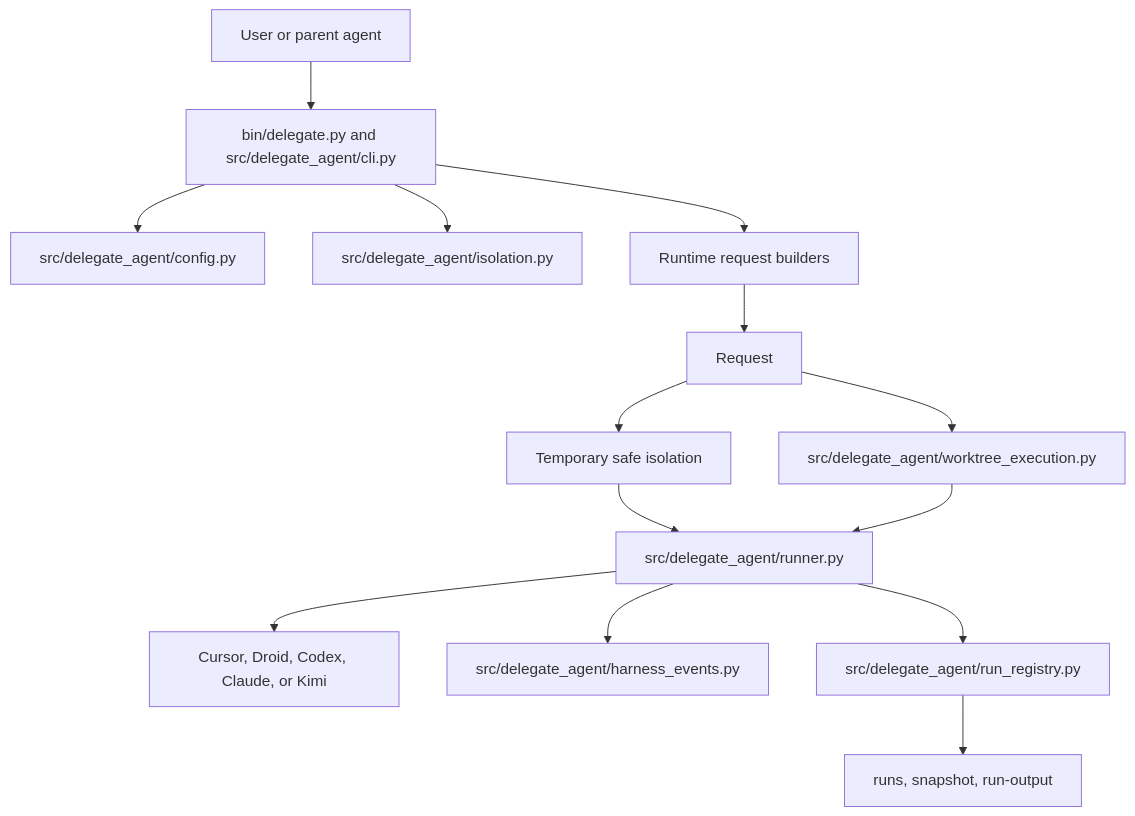
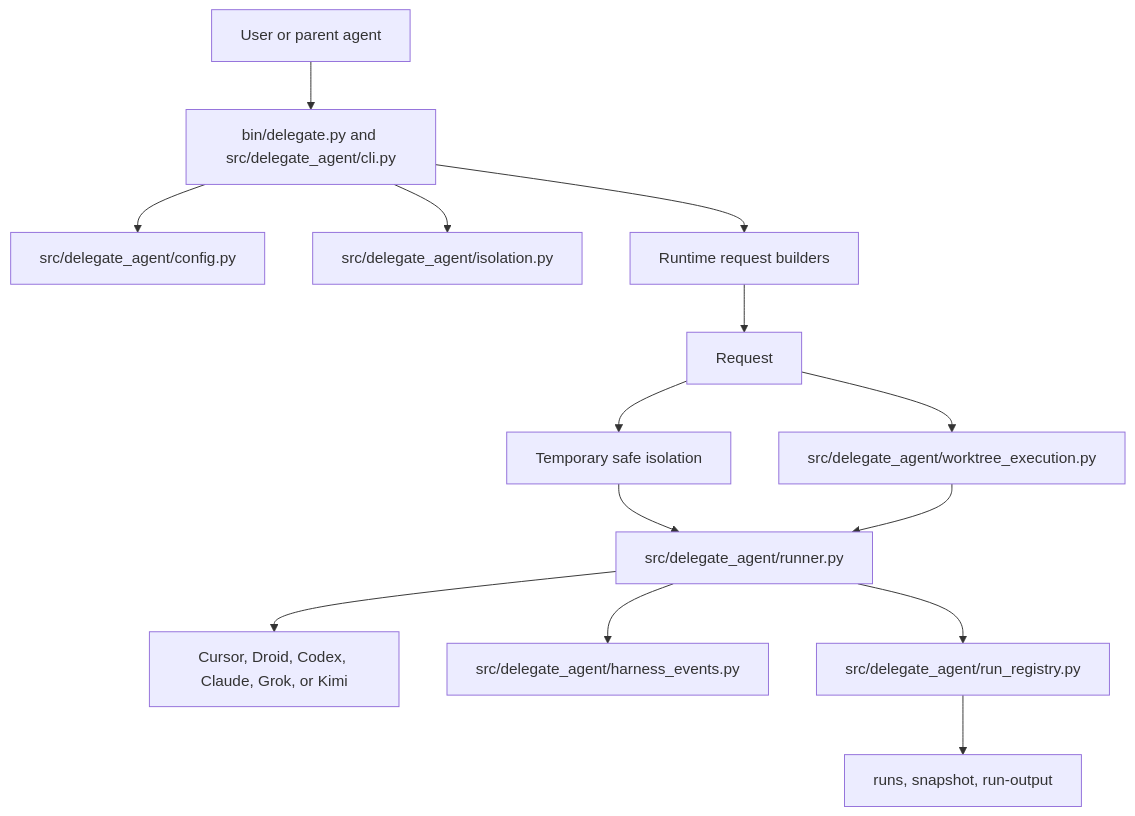
Before and after one commit to treygoff24/delegate-agent: the first of 3 diagrams in droid-wiki/overview/architecture.md, drawn with Mermaid. The commit also changed 19 other files, not shown here.

````diff
--- a/droid-wiki/overview/architecture.md
+++ b/droid-wiki/overview/architecture.md
@@ -7,16 +7,16 @@
 ```mermaid
 graph TD
     User[User or parent agent] --> CLI[bin/delegate.py and src/delegate_agent/cli.py]
     CLI --> Config[src/delegate_agent/config.py]
     CLI --> Isolation[src/delegate_agent/isolation.py]
     CLI --> Builders[Runtime request builders]
     Builders --> Request[Request]
     Request --> SafeIso[Temporary safe isolation]
     Request --> Worktree[src/delegate_agent/worktree_execution.py]
     SafeIso --> Runner[src/delegate_agent/runner.py]
     Worktree --> Runner
-    Runner --> Child[Cursor, Droid, Codex, Claude, or Kimi]
+    Runner --> Child[Cursor, Droid, Codex, Claude, Grok, or Kimi]
     Runner --> Events[src/delegate_agent/harness_events.py]
     Runner --> Registry[src/delegate_agent/run_registry.py]
     Registry --> Inspect[runs, snapshot, run-output]
 ```
````
